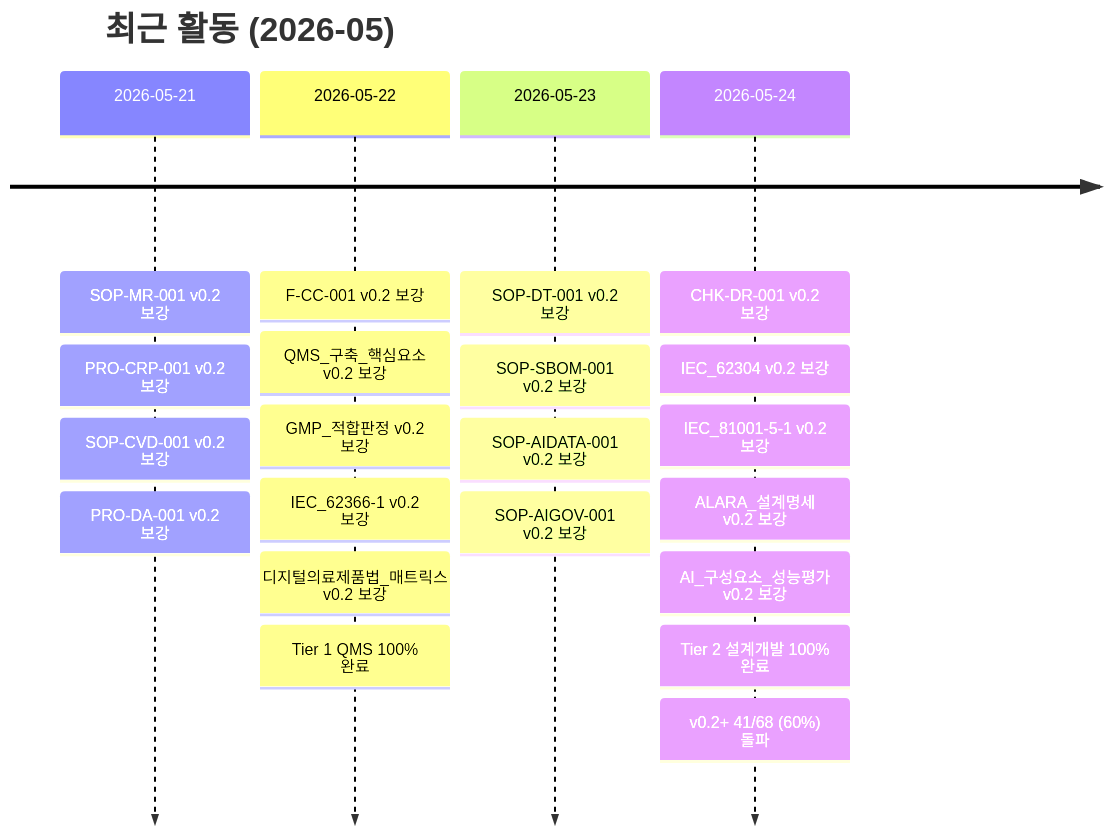
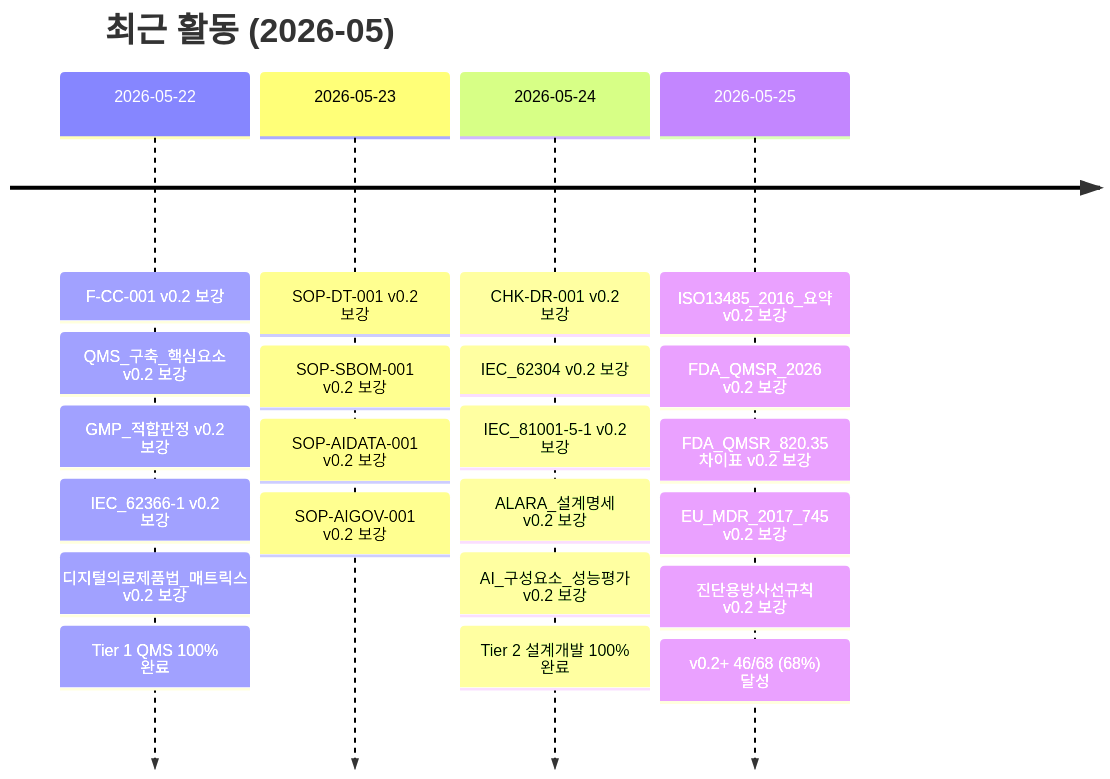
Before and after one commit to holee9/MD-process: the third of 4 diagrams in README.md, drawn with Mermaid. The commit also changed other lines of this file, not shown here.

````diff
--- a/README.md
+++ b/README.md
@@ -138,25 +138,26 @@
 ```mermaid
 timeline
     title 최근 활동 (2026-05)
-    2026-05-21 : SOP-MR-001 v0.2 보강
-               : PRO-CRP-001 v0.2 보강
-               : SOP-CVD-001 v0.2 보강
-               : PRO-DA-001 v0.2 보강
     2026-05-22 : F-CC-001 v0.2 보강
                : QMS_구축_핵심요소 v0.2 보강
                : GMP_적합판정 v0.2 보강
                : IEC_62366-1 v0.2 보강
                : 디지털의료제품법_매트릭스 v0.2 보강
                : Tier 1 QMS 100% 완료
     2026-05-23 : SOP-DT-001 v0.2 보강
                : SOP-SBOM-001 v0.2 보강
                : SOP-AIDATA-001 v0.2 보강
                : SOP-AIGOV-001 v0.2 보강
     2026-05-24 : CHK-DR-001 v0.2 보강
                : IEC_62304 v0.2 보강
                : IEC_81001-5-1 v0.2 보강
                : ALARA_설계명세 v0.2 보강
                : AI_구성요소_성능평가 v0.2 보강
                : Tier 2 설계개발 100% 완료
-               : v0.2+ 41/68 (60%) 돌파
+    2026-05-25 : ISO13485_2016_요약 v0.2 보강
+               : FDA_QMSR_2026 v0.2 보강
+               : FDA_QMSR_820.35 차이표 v0.2 보강
+               : EU_MDR_2017_745 v0.2 보강
+               : 진단용방사선규칙 v0.2 보강
+               : v0.2+ 46/68 (68%) 달성
 ```
````
